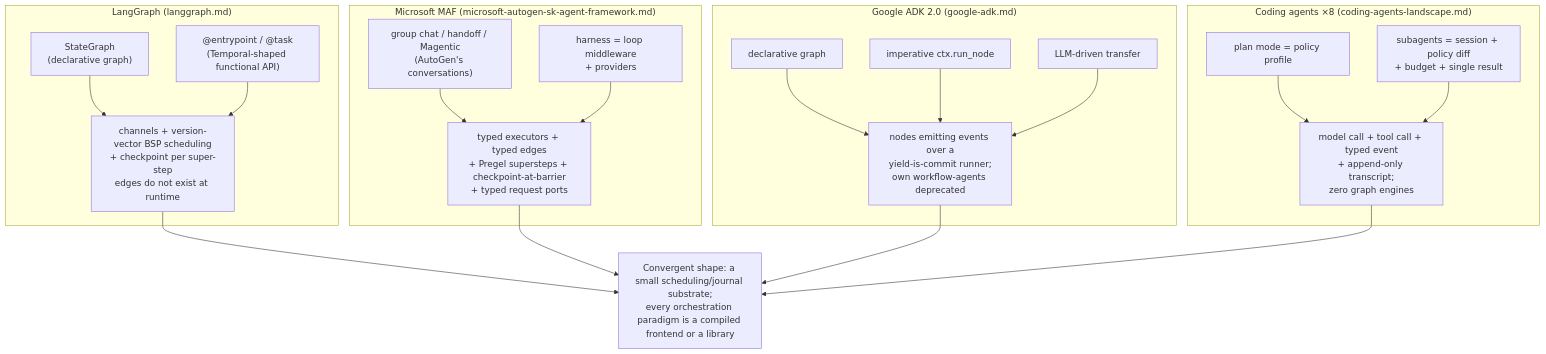
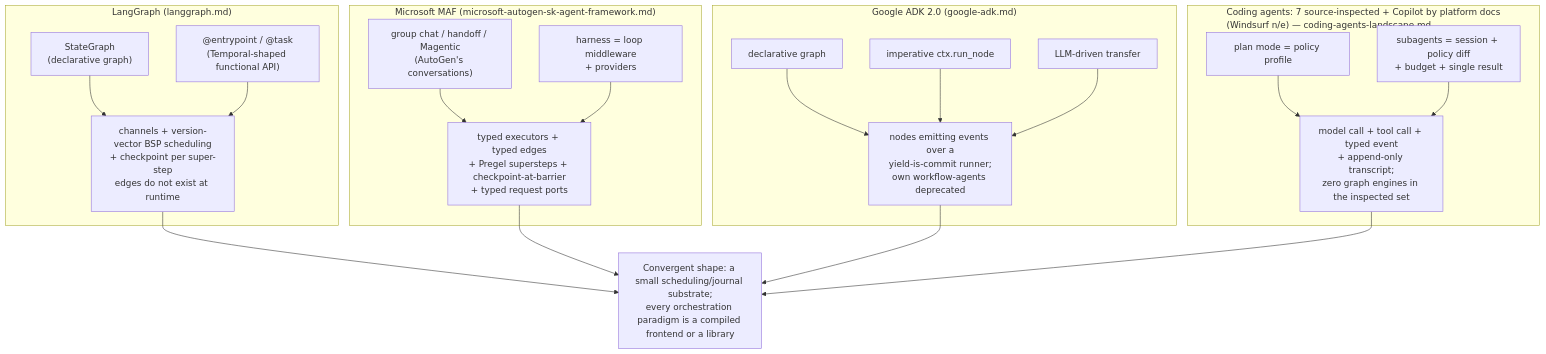
Before and after one commit to jeetu619/kyxo-runtime: the second of 2 diagrams in docs/04-ORCHESTRATION-MODELS.md, drawn with Mermaid. The commit also changed other lines of this file and 7 other files, not shown here.

````diff
--- a/docs/04-ORCHESTRATION-MODELS.md
+++ b/docs/04-ORCHESTRATION-MODELS.md
@@ -565,28 +583,28 @@
 ```mermaid
 flowchart TB
     subgraph lg ["LangGraph (langgraph.md)"]
         A1["StateGraph<br/>(declarative graph)"] --> LK
         A2["@entrypoint / @task<br/>(Temporal-shaped functional API)"] --> LK
         LK["channels + version-vector BSP scheduling<br/>+ checkpoint per super-step<br/>edges do not exist at runtime"]
     end
     subgraph maf ["Microsoft MAF (microsoft-autogen-sk-agent-framework.md)"]
         B1["group chat / handoff / Magentic<br/>(AutoGen's conversations)"] --> MK
         B2["harness = loop middleware<br/>+ providers"] --> MK
         MK["typed executors + typed edges<br/>+ Pregel supersteps + checkpoint-at-barrier<br/>+ typed request ports"]
     end
     subgraph adk ["Google ADK 2.0 (google-adk.md)"]
         C1["declarative graph"] --> AK
         C2["imperative ctx.run_node"] --> AK
         C3["LLM-driven transfer"] --> AK
         AK["nodes emitting events over a<br/>yield-is-commit runner;<br/>own workflow-agents deprecated"]
     end
-    subgraph cc ["Coding agents ×8 (coding-agents-landscape.md)"]
+    subgraph cc ["Coding agents: 7 source-inspected + Copilot by platform docs<br/>(Windsurf n/e) — coding-agents-landscape.md"]
         D1["plan mode = policy profile"] --> CK
         D2["subagents = session + policy diff<br/>+ budget + single result"] --> CK
-        CK["model call + tool call + typed event<br/>+ append-only transcript;<br/>zero graph engines"]
+        CK["model call + tool call + typed event<br/>+ append-only transcript;<br/>zero graph engines in the inspected set"]
     end
     LK --> CONV["Convergent shape: a small scheduling/journal substrate;<br/>every orchestration paradigm is a compiled frontend or a library"]
     MK --> CONV
     AK --> CONV
     CK --> CONV
 ```
````
